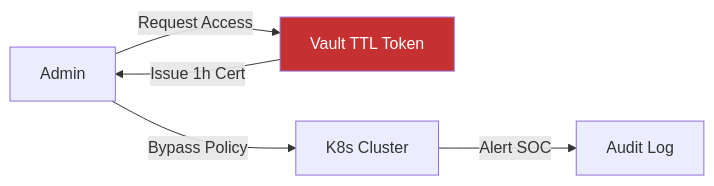
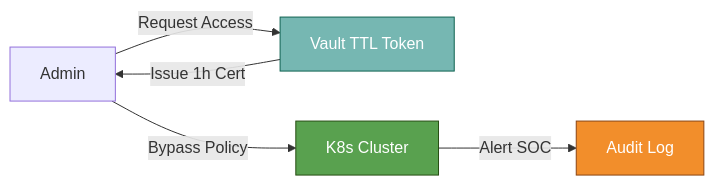
Before and after one commit to gchaitanyabharath9/omnigcloud: the fifth of 5 diagrams in src/app/[locale]/research/papers/a4-platform-governance-multicloud-hybrid/A4-PAPER-FULL.md, drawn with Mermaid. The commit also changed other lines of this file and 40 other files, not shown here.

````diff
--- a/src/app/[locale]/research/papers/a4-platform-governance-multicloud-hybrid/A4-PAPER-FULL.md
+++ b/src/app/[locale]/research/papers/a4-platform-governance-multicloud-hybrid/A4-PAPER-FULL.md
@@ -633,14 +678,21 @@
 ```mermaid
 graph LR
-    User[Admin]
-    Vault[Vault TTL Token]
-    Cluster[K8s Cluster]
-    Audit[Audit Log]
-    
+    classDef Control fill:#4E79A7,stroke:#2C3E50,color:#fff;
+    classDef Data fill:#59A14F,stroke:#274E13,color:#fff;
+    classDef Policy fill:#9C6ADE,stroke:#4B0082,color:#fff;
+    classDef Obs fill:#F28E2B,stroke:#8B4513,color:#fff;
+    classDef Risk fill:#E15759,stroke:#7B241C,color:#fff;
+    classDef State fill:#76B7B2,stroke:#0E6251,color:#fff;
+    classDef Actor fill:#BAB0AC,stroke:#515A5A,color:#000;
+    User["Admin"]
+    Vault["Vault TTL Token"]
+    Cluster["K8s Cluster"]
+    Audit["Audit Log"]
     User -->|Request Access| Vault
     Vault -->|Issue 1h Cert| User
     User -->|Bypass Policy| Cluster
     Cluster -->|Alert SOC| Audit
-    
-    style Vault fill:#c53030,color:white
+    class Vault State;
+    class Cluster Data;
+    class Audit Obs;
 ```
````
